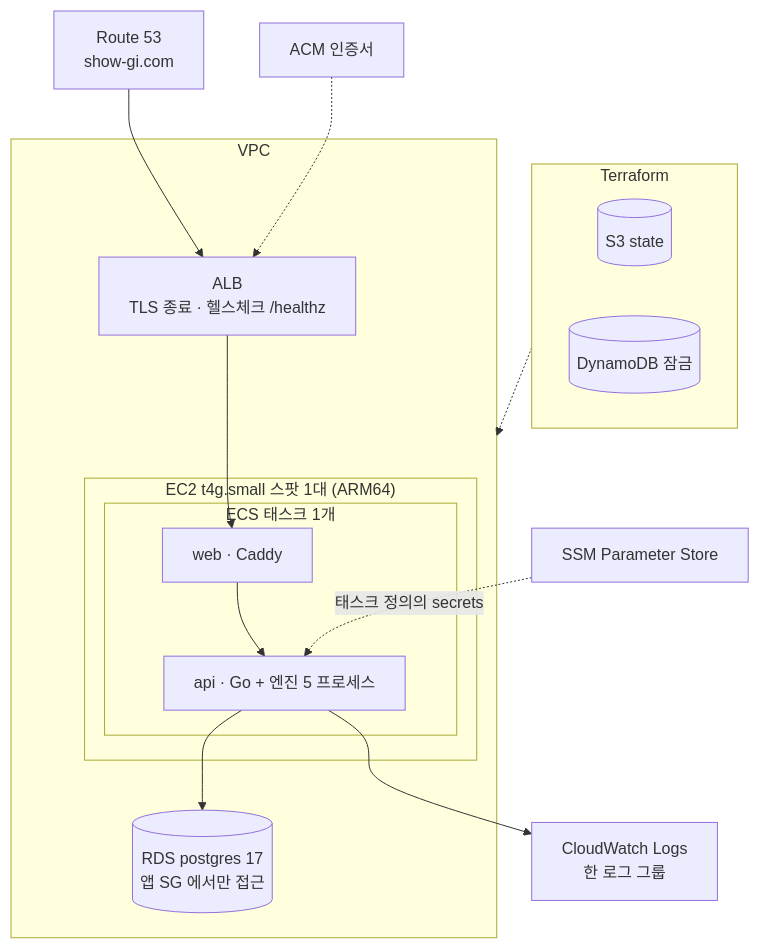
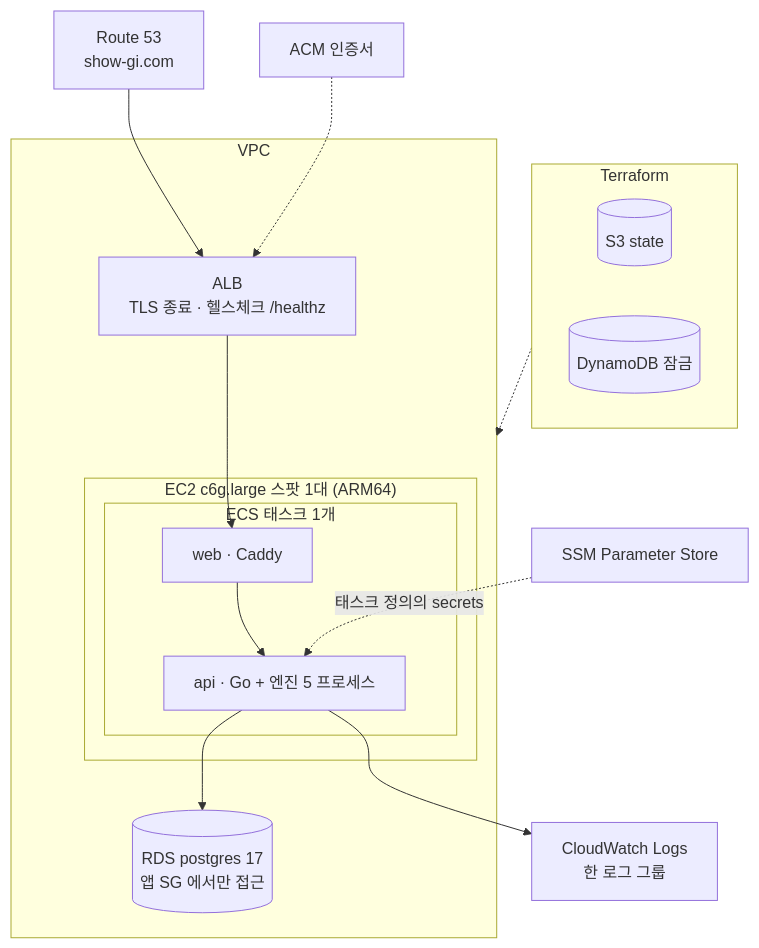
One commit to jovid18/show-gi changed the seventh of 8 diagrams in docs/spec/architecture.md. Above: the diagram before and after it, drawn with Mermaid. The commit also changed other lines of this file and 11 other files, not shown here.

````diff
--- a/docs/spec/architecture.md
+++ b/docs/spec/architecture.md
@@ -301,26 +301,26 @@
 ```mermaid
 flowchart TB
     R53["Route 53<br/>show-gi.com"] --> ALB
     ACM["ACM 인증서"] -.-> ALB
 
     subgraph vpc["VPC"]
         ALB["ALB<br/>TLS 종료 · 헬스체크 /healthz"]
-        subgraph ec2["EC2 t4g.small 스팟 1대 (ARM64)"]
+        subgraph ec2["EC2 c6g.large 스팟 1대 (ARM64)"]
             subgraph ecs["ECS 태스크 1개"]
                 WEB["web · Caddy"]
                 API["api · Go + 엔진 5 프로세스"]
             end
         end
         RDS[("RDS postgres 17<br/>앱 SG 에서만 접근")]
     end
 
     ALB --> WEB --> API --> RDS
     SSM["SSM Parameter Store"] -. "태스크 정의의 secrets" .-> API
     API --> CWL["CloudWatch Logs<br/>한 로그 그룹"]
 
     subgraph tf["Terraform"]
         S3[("S3 state")]
         DDB[("DynamoDB 잠금")]
     end
     tf -.-> vpc
 ```
````
